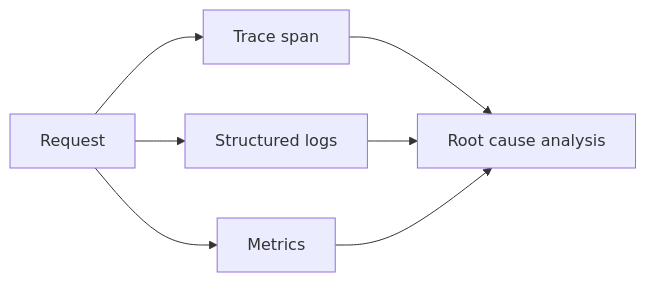
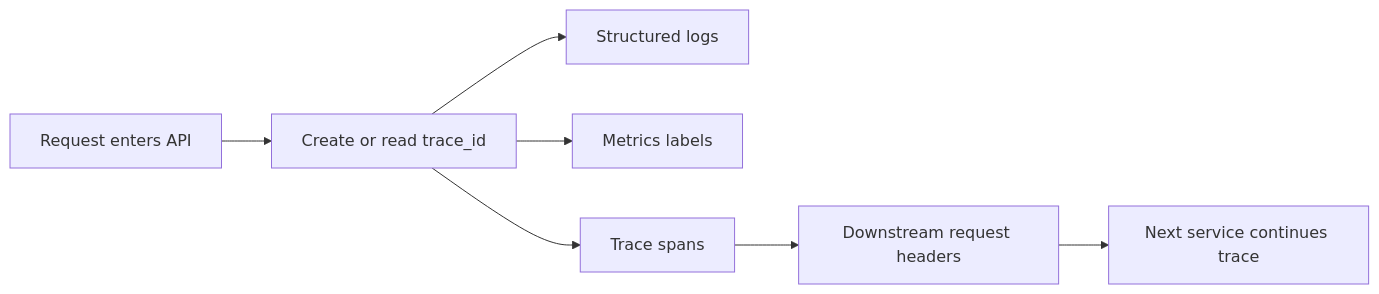
The first of 4 diagrams in docs/observability/logging-metrics-tracing.md (AmazingCaddy/readings-backend), drawn with Mermaid before and after one commit. The commit also changed other lines of this file, not shown here.

````diff
--- a/docs/observability/logging-metrics-tracing.md
+++ b/docs/observability/logging-metrics-tracing.md
@@ -9,9 +42,9 @@
 ```mermaid
 flowchart LR
-    A[Request] --> B[Trace span]
-    A --> C[Structured logs]
-    A --> D[Metrics]
-    B --> E[Root cause analysis]
-    C --> E
-    D --> E
+    A[Request enters API] --> B[Create or read trace_id]
+    B --> C[Structured logs]
+    B --> D[Metrics labels]
+    B --> E[Trace spans]
+    E --> F[Downstream request headers]
+    F --> G[Next service continues trace]
 ```
````
